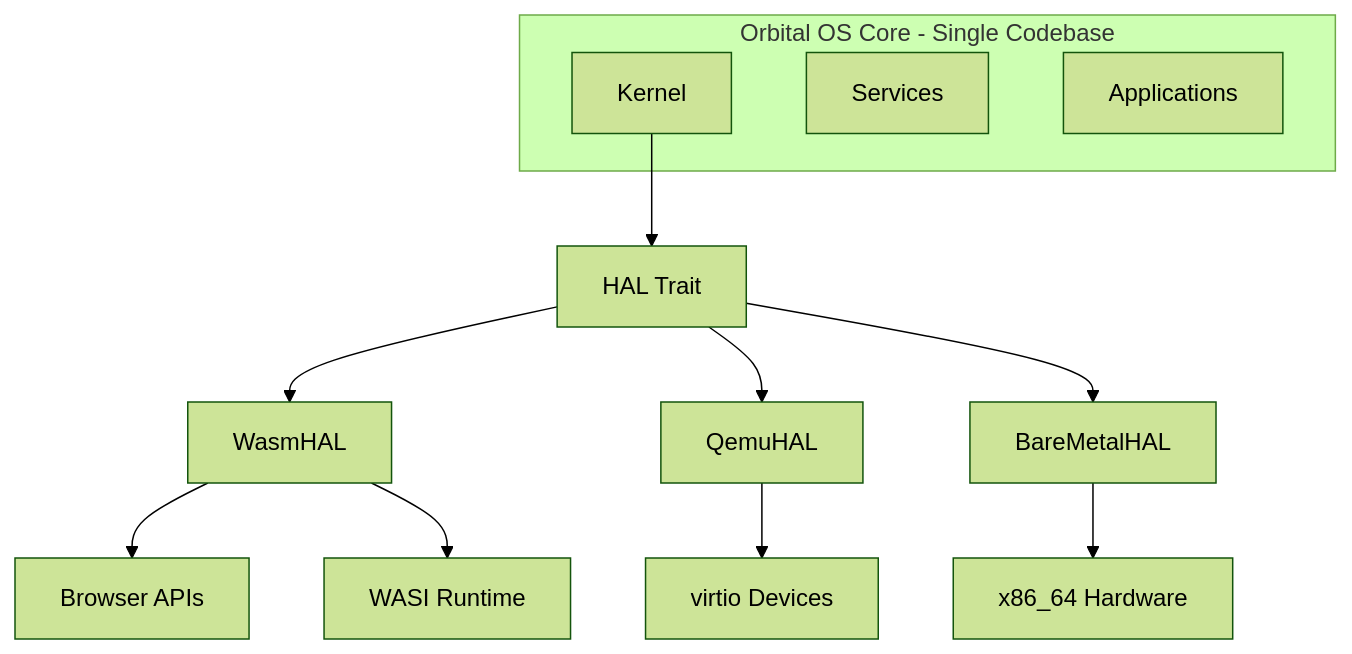
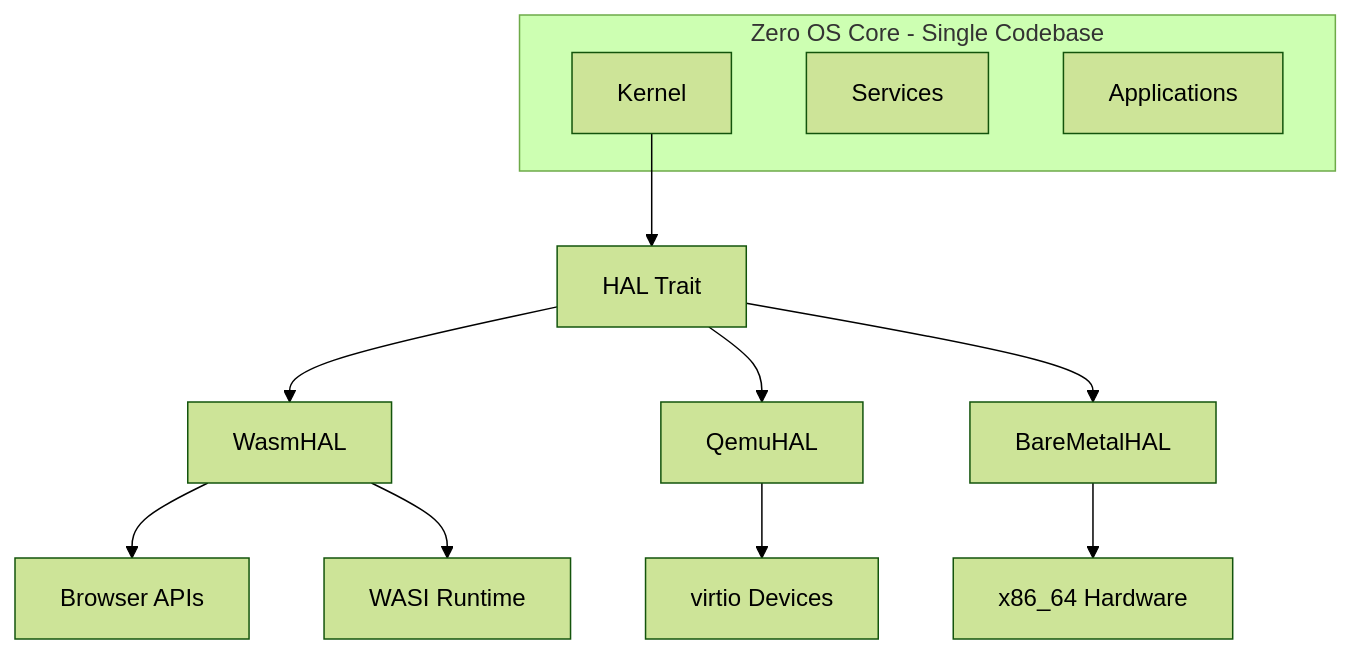
One commit to cypher-asi/zero-os changed the first of 3 diagrams in docs/whitepaper/03-architecture-overview.md. Above: the diagram before and after it, drawn with Mermaid (forest theme). The commit also changed other lines of this file and 310 other files, not shown here.

````diff
--- a/docs/whitepaper/03-architecture-overview.md
+++ b/docs/whitepaper/03-architecture-overview.md
@@ -105,21 +105,21 @@
 ```mermaid
 flowchart TB
-    subgraph orbital [Orbital OS Core - Single Codebase]
+    subgraph Zero [Zero OS Core - Single Codebase]
         kernel[Kernel]
         services[Services]
         apps[Applications]
     end
     
     kernel --> hal[HAL Trait]
     
     hal --> wasm[WasmHAL]
     hal --> qemu[QemuHAL]
     hal --> bare[BareMetalHAL]
     
     wasm --> browser[Browser APIs]
     wasm --> wasi[WASI Runtime]
     
     qemu --> virtio[virtio Devices]
     
     bare --> hardware[x86_64 Hardware]
 ```
````
